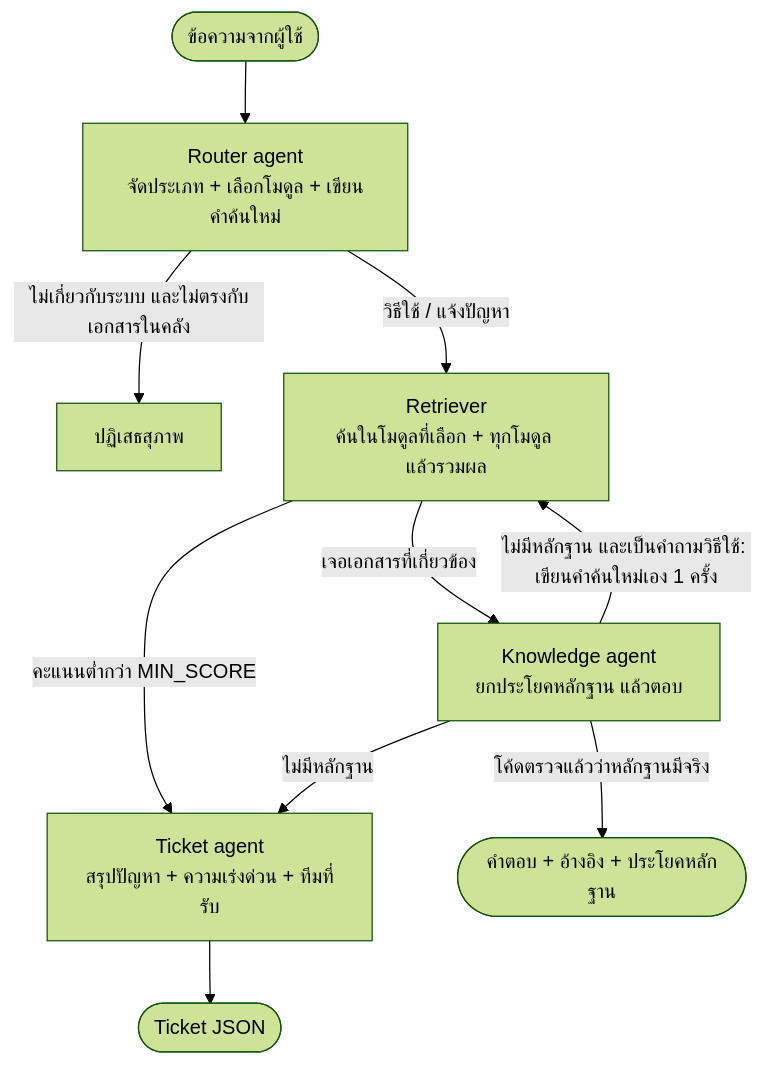
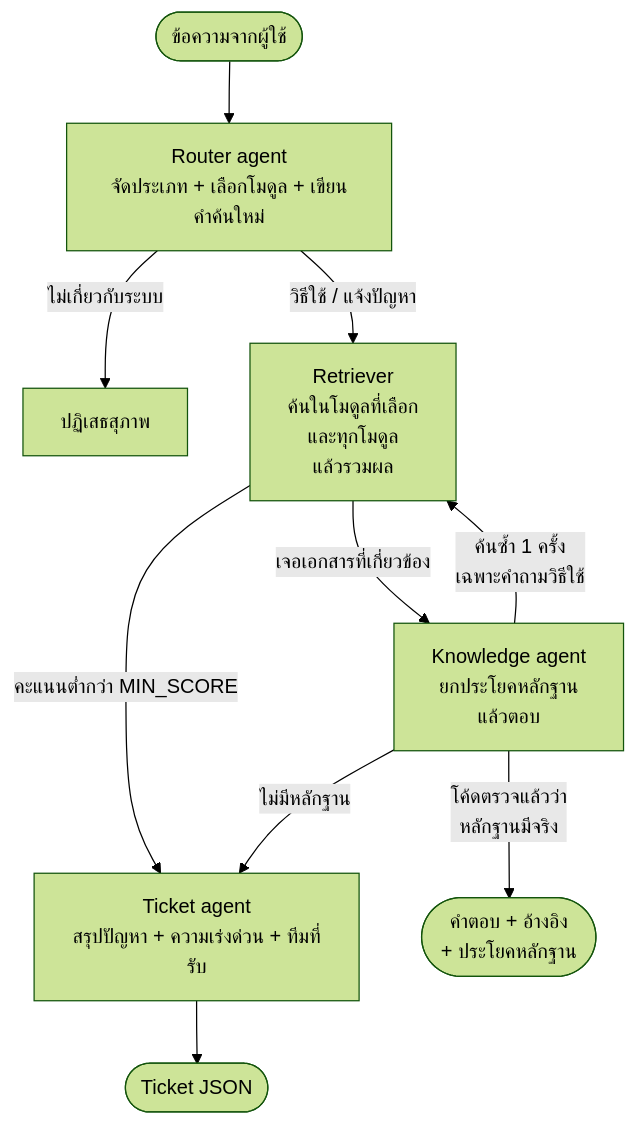
The diagram in README.md (Sprites-X/erp-helpdesk-agent), drawn with Mermaid (forest theme) before and after one commit.

Commit message:
Tidy workflow diagram labels

````diff
--- a/README.md
+++ b/README.md
@@ -12,12 +12,12 @@
 ```mermaid
 flowchart TD
     U([ข้อความจากผู้ใช้]) --> R[Router agent<br/>จัดประเภท + เลือกโมดูล + เขียนคำค้นใหม่]
-    R -->|ไม่เกี่ยวกับระบบ และไม่ตรงกับเอกสารในคลัง| G[ปฏิเสธสุภาพ]
-    R -->|วิธีใช้ / แจ้งปัญหา| S[Retriever<br/>ค้นในโมดูลที่เลือก + ทุกโมดูล แล้วรวมผล]
+    R -->|ไม่เกี่ยวกับระบบ| G[ปฏิเสธสุภาพ]
+    R -->|วิธีใช้ / แจ้งปัญหา| S[Retriever<br/>ค้นในโมดูลที่เลือก<br/>และทุกโมดูล<br/>แล้วรวมผล]
     S -->|คะแนนต่ำกว่า MIN_SCORE| T[Ticket agent<br/>สรุปปัญหา + ความเร่งด่วน + ทีมที่รับ]
-    S -->|เจอเอกสารที่เกี่ยวข้อง| K[Knowledge agent<br/>ยกประโยคหลักฐาน แล้วตอบ]
-    K -->|โค้ดตรวจแล้วว่าหลักฐานมีจริง| A([คำตอบ + อ้างอิง + ประโยคหลักฐาน])
-    K -->|ไม่มีหลักฐาน และเป็นคำถามวิธีใช้: เขียนคำค้นใหม่เอง 1 ครั้ง| S
+    S -->|เจอเอกสารที่เกี่ยวข้อง| K[Knowledge agent<br/>ยกประโยคหลักฐาน<br/>แล้วตอบ]
+    K -->|โค้ดตรวจแล้วว่า<br/>หลักฐานมีจริง| A([คำตอบ + อ้างอิง<br/>+ ประโยคหลักฐาน])
+    K -->|ค้นซ้ำ 1 ครั้ง<br/>เฉพาะคำถามวิธีใช้| S
     K -->|ไม่มีหลักฐาน| T
     T --> TK([Ticket JSON])
 ```
````
